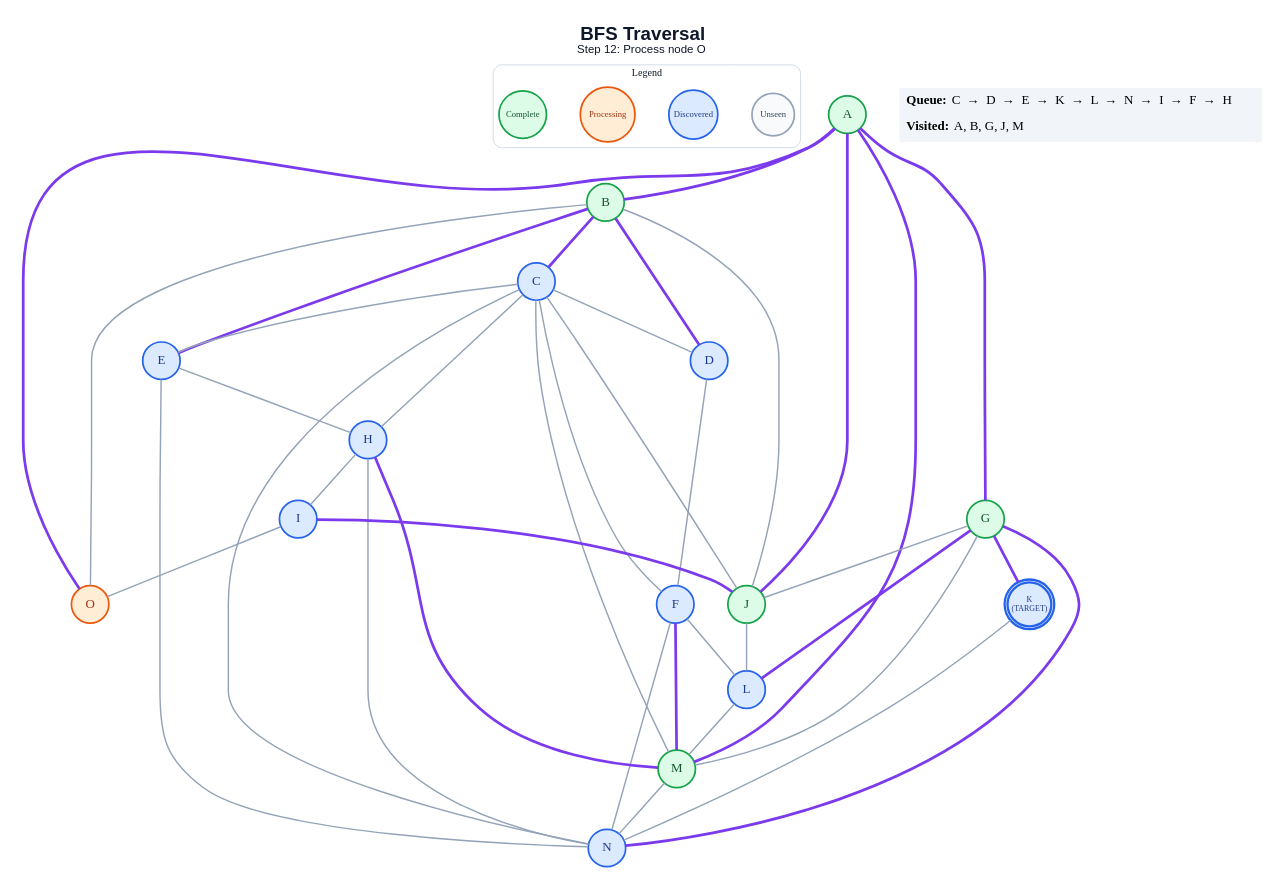
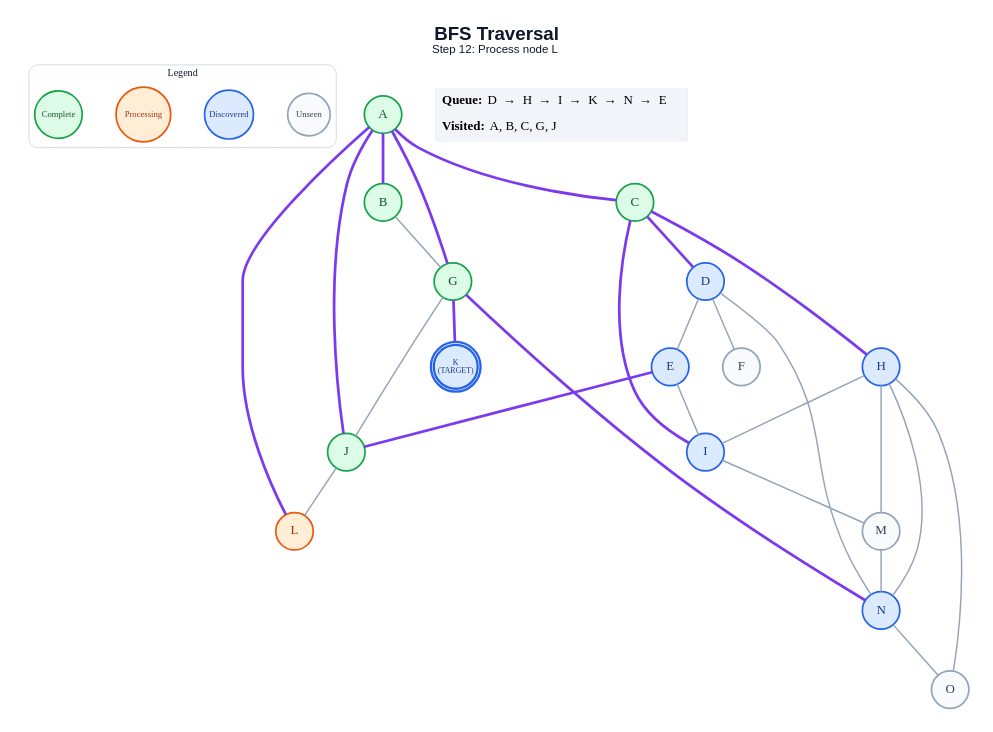
One commit to anon7238593-create/ai-slop changed the diagram in generated/bfs/step_12.dot. Above: the diagram before and after it, drawn with Graphviz. The commit also changed 286 other files, not shown here.

```diff
--- a/generated/bfs/step_12.dot
+++ b/generated/bfs/step_12.dot
@@ -1,71 +1,59 @@
 graph traversal {
   graph [layout=dot, rankdir=TB, bgcolor="#FFFFFF", pad="0.35", nodesep="0.65", ranksep="0.8", fontname="Arial"];
   node [shape=circle, style="filled", fontname="Arial Bold", fontsize=18, width=0.72, fixedsize=true, penwidth=2.4];
   edge [color="#94A3B8", penwidth=2.0];
-  label=<<B>BFS Traversal</B><BR/><FONT POINT-SIZE="16">Step 12: Process node O</FONT>>; labelloc="t"; fontsize=26; fontname="Arial"; fontcolor="#0F172A";
+  label=<<B>BFS Traversal</B><BR/><FONT POINT-SIZE="16">Step 12: Process node L</FONT>>; labelloc="t"; fontsize=26; fontname="Arial"; fontcolor="#0F172A";
   subgraph cluster_legend { label="Legend"; color="#CBD5E1"; penwidth=1.2; style="rounded"; fontsize=14; fontname="Arial Bold";
     key_unseen [label="Unseen", fillcolor="#F8FAFC", color="#94A3B8", fontcolor="#334155", fontsize=12, width=0.82];
     key_frontier [label="Discovered", fillcolor="#DBEAFE", color="#2563EB", fontcolor="#1E3A8A", fontsize=12, width=0.95];
     key_current [label="Processing", fillcolor="#FFEDD5", color="#EA580C", fontcolor="#9A3412", fontsize=12, width=1.05];
     key_done [label="Complete", fillcolor="#DCFCE7", color="#16A34A", fontcolor="#14532D", fontsize=12, width=0.92];
     { rank=same; key_unseen; key_frontier; key_current; key_done; }
   }
   A [label="A", fillcolor="#DCFCE7", color="#16A34A", fontcolor="#14532D", peripheries=1, penwidth=2.4];
   B [label="B", fillcolor="#DCFCE7", color="#16A34A", fontcolor="#14532D", peripheries=1, penwidth=2.4];
-  C [label="C", fillcolor="#DBEAFE", color="#2563EB", fontcolor="#1E3A8A", peripheries=1, penwidth=2.4];
+  C [label="C", fillcolor="#DCFCE7", color="#16A34A", fontcolor="#14532D", peripheries=1, penwidth=2.4];
   D [label="D", fillcolor="#DBEAFE", color="#2563EB", fontcolor="#1E3A8A", peripheries=1, penwidth=2.4];
   E [label="E", fillcolor="#DBEAFE", color="#2563EB", fontcolor="#1E3A8A", peripheries=1, penwidth=2.4];
-  F [label="F", fillcolor="#DBEAFE", color="#2563EB", fontcolor="#1E3A8A", peripheries=1, penwidth=2.4];
+  F [label="F", fillcolor="#F8FAFC", color="#94A3B8", fontcolor="#334155", peripheries=1, penwidth=2.4];
   G [label="G", fillcolor="#DCFCE7", color="#16A34A", fontcolor="#14532D", peripheries=1, penwidth=2.4];
   H [label="H", fillcolor="#DBEAFE", color="#2563EB", fontcolor="#1E3A8A", peripheries=1, penwidth=2.4];
   I [label="I", fillcolor="#DBEAFE", color="#2563EB", fontcolor="#1E3A8A", peripheries=1, penwidth=2.4];
   J [label="J", fillcolor="#DCFCE7", color="#16A34A", fontcolor="#14532D", peripheries=1, penwidth=2.4];
   K [label="K\n(TARGET)", fillcolor="#DBEAFE", color="#2563EB", fontcolor="#1E3A8A", peripheries=2, penwidth=3.2, fontsize=11, width=0.85, height=0.85];
-  L [label="L", fillcolor="#DBEAFE", color="#2563EB", fontcolor="#1E3A8A", peripheries=1, penwidth=2.4];
-  M [label="M", fillcolor="#DCFCE7", color="#16A34A", fontcolor="#14532D", peripheries=1, penwidth=2.4];
+  L [label="L", fillcolor="#FFEDD5", color="#EA580C", fontcolor="#9A3412", peripheries=1, penwidth=2.4];
+  M [label="M", fillcolor="#F8FAFC", color="#94A3B8", fontcolor="#334155", peripheries=1, penwidth=2.4];
   N [label="N", fillcolor="#DBEAFE", color="#2563EB", fontcolor="#1E3A8A", peripheries=1, penwidth=2.4];
-  O [label="O", fillcolor="#FFEDD5", color="#EA580C", fontcolor="#9A3412", peripheries=1, penwidth=2.4];
+  O [label="O", fillcolor="#F8FAFC", color="#94A3B8", fontcolor="#334155", peripheries=1, penwidth=2.4];
   A -- B [color="#7C3AED", penwidth=3.8];
+  A -- C [color="#7C3AED", penwidth=3.8];
   A -- G [color="#7C3AED", penwidth=3.8];
   A -- J [color="#7C3AED", penwidth=3.8];
-  A -- M [color="#7C3AED", penwidth=3.8];
-  A -- O [color="#7C3AED", penwidth=3.8];
-  B -- C [color="#7C3AED", penwidth=3.8];
-  B -- D [color="#7C3AED", penwidth=3.8];
-  B -- E [color="#7C3AED", penwidth=3.8];
-  B -- J;
-  B -- O;
-  C -- D;
-  C -- E;
-  C -- F;
-  C -- H;
-  C -- J;
-  C -- M;
-  C -- N;
+  A -- L [color="#7C3AED", penwidth=3.8];
+  B -- G;
+  C -- D [color="#7C3AED", penwidth=3.8];
+  C -- H [color="#7C3AED", penwidth=3.8];
+  C -- I [color="#7C3AED", penwidth=3.8];
+  D -- E;
   D -- F;
-  E -- H;
-  E -- N;
-  F -- L;
-  F -- M [color="#7C3AED", penwidth=3.8];
-  F -- N;
+  D -- N;
+  E -- I;
+  E -- J [color="#7C3AED", penwidth=3.8];
   G -- J;
   G -- K [color="#7C3AED", penwidth=3.8];
-  G -- L [color="#7C3AED", penwidth=3.8];
-  G -- M;
   G -- N [color="#7C3AED", penwidth=3.8];
   H -- I;
-  H -- M [color="#7C3AED", penwidth=3.8];
+  H -- M;
   H -- N;
-  I -- J [color="#7C3AED", penwidth=3.8];
-  I -- O;
+  H -- O;
+  I -- M;
   J -- L;
-  K -- N;
-  L -- M;
   M -- N;
+  N -- O;
   status [shape=plain, fixedsize=false, width=0, height=0, margin=0, label=<
     <TABLE BORDER="0" CELLBORDER="0" CELLPADDING="7" BGCOLOR="#F1F5F9">
-      <TR><TD ALIGN="LEFT"><B>Queue:</B> C  →  D  →  E  →  K  →  L  →  N  →  I  →  F  →  H</TD></TR>
-      <TR><TD ALIGN="LEFT"><B>Visited:</B> A, B, G, J, M</TD></TR>
+      <TR><TD ALIGN="LEFT"><B>Queue:</B> D  →  H  →  I  →  K  →  N  →  E</TD></TR>
+      <TR><TD ALIGN="LEFT"><B>Visited:</B> A, B, C, G, J</TD></TR>
     </TABLE>
   >];
 }
```
